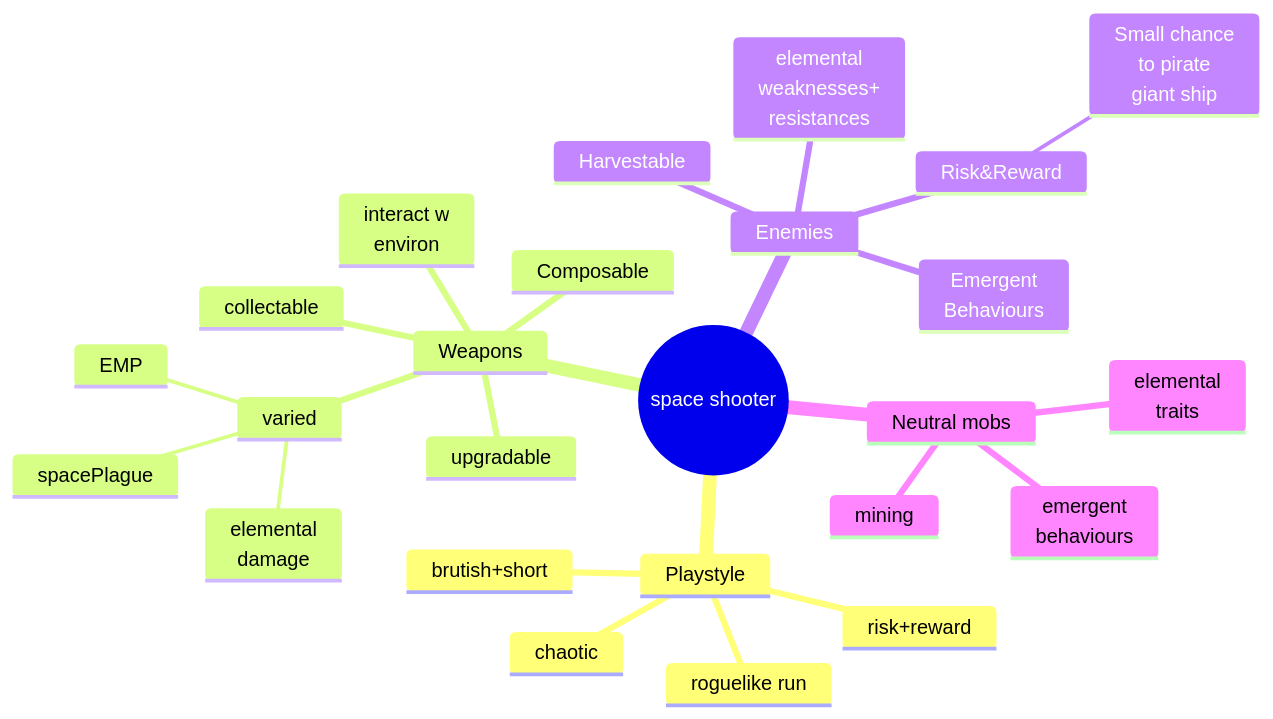
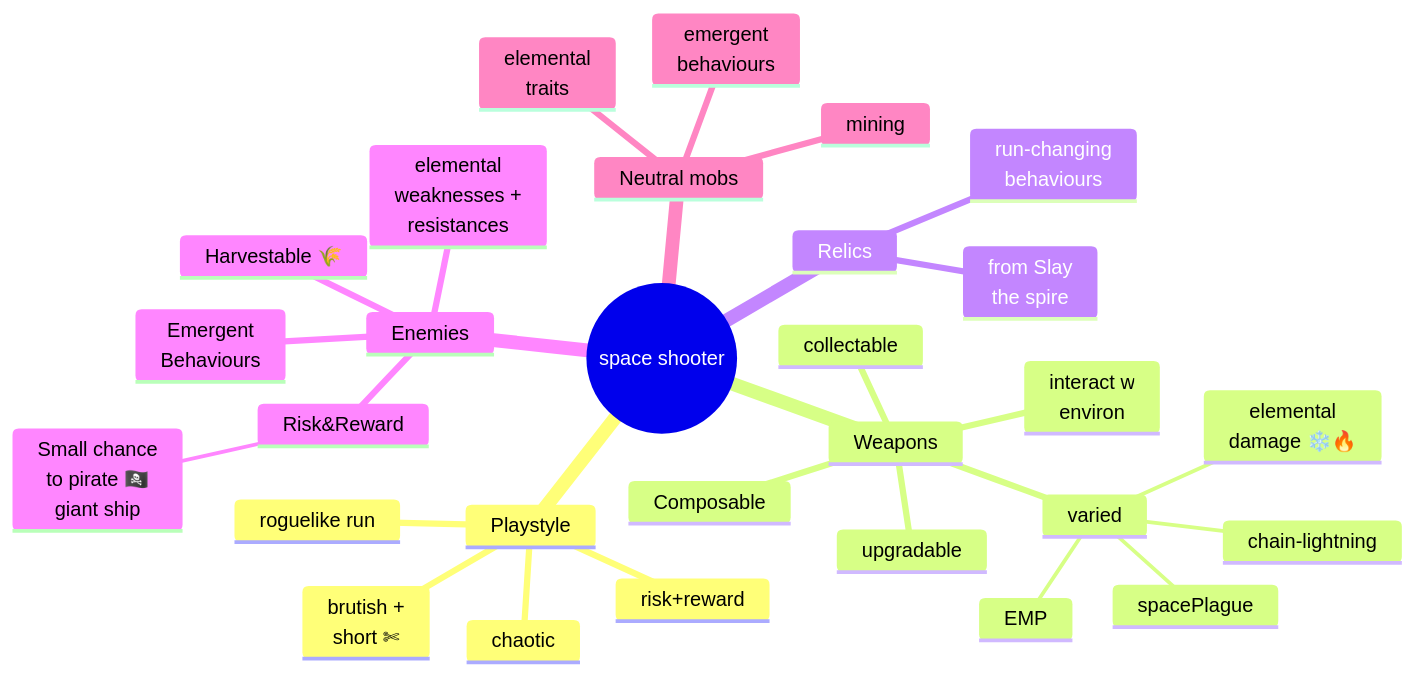
The diagram in docs/todo.md (nbogie/p5js-space-scroller), drawn with Mermaid before and after one commit. The commit also changed other lines of this file, not shown here.

Commit message:
more todo

````diff
--- a/docs/todo.md
+++ b/docs/todo.md
@@ -22,30 +22,33 @@
 ```mermaid
 %%{init: {'theme': 'default'}}%%
 mindmap
   root((space shooter))
     Playstyle
       roguelike run
       risk+reward
       chaotic
-      brutish+short
+      brutish +<br/>short ✄
     Weapons
       Composable
-      ::icon(fa fa-book)
       varied
-        elemental<br/>damage
+        elemental<br/>damage ❄️🔥
         spacePlague
         EMP
+        chain-lightning
       interact w<br/>environ
       collectable
       upgradable
+    Relics
+      from Slay <br/>the spire
+      run-changing<br/>behaviours
     Enemies
       Emergent<br/>Behaviours
       Risk&Reward
-        Small chance<br/>to pirate<br/>giant ship
-      elemental<br/>weaknesses+<br/>resistances
-      Harvestable
+        Small chance<br/>to pirate 🏴‍☠️<br/>giant ship
+      elemental<br/>weaknesses +<br/>resistances
+      Harvestable 🌾
     Neutral mobs
       elemental<br/>traits
       emergent<br/>behaviours
       mining
 ```
````
